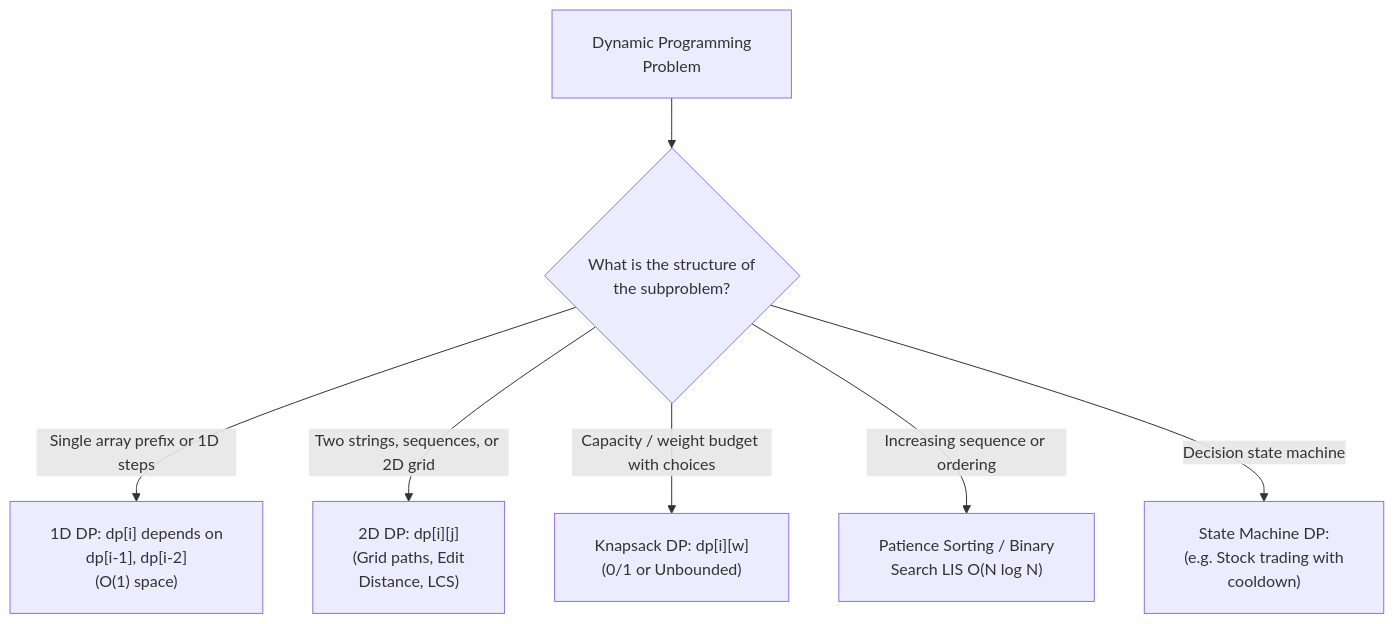
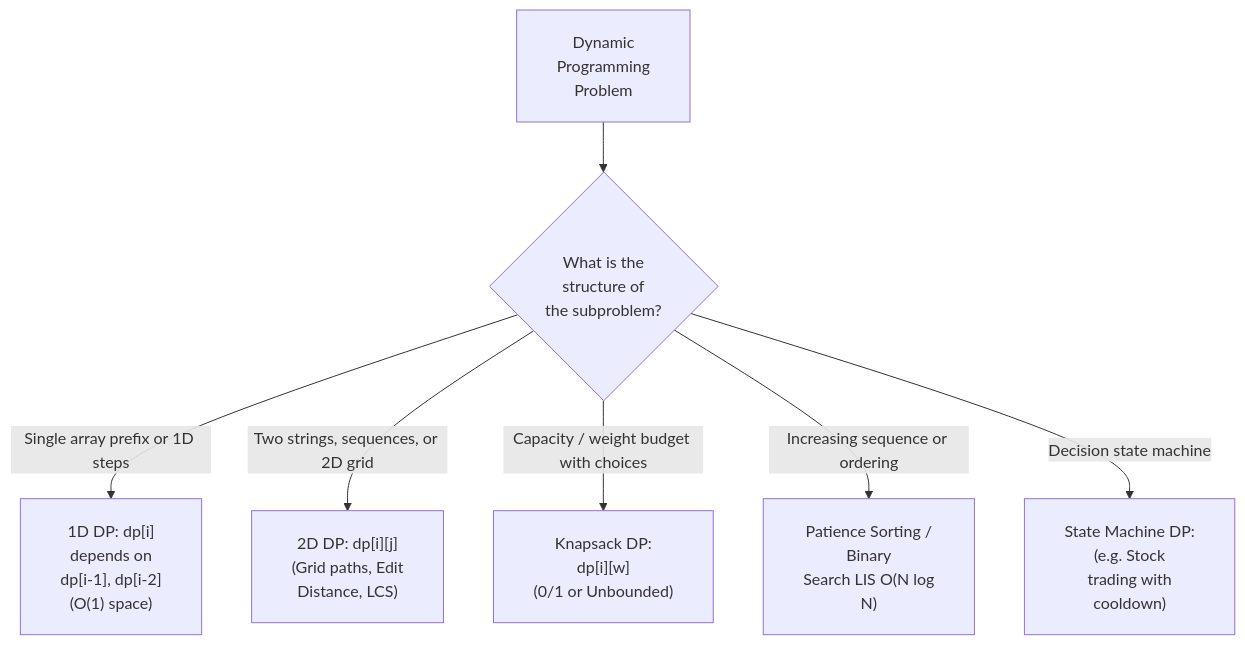
One commit to dip4k/DSA_102 changed the diagram in week_10_dynamic_programming_i_fundamentals/support files/Week_10_Problem_Solving_Roadmap.md. Above: the diagram before and after it, drawn with Mermaid. The commit also changed 106 other files, not shown here.

First line of the commit message:
fix(mermaid): prevent text clipping with foreignObject overflow and tighter line wrapping

````diff
--- a/week_10_dynamic_programming_i_fundamentals/support files/Week_10_Problem_Solving_Roadmap.md
+++ b/week_10_dynamic_programming_i_fundamentals/support files/Week_10_Problem_Solving_Roadmap.md
@@ -38,10 +38,10 @@
 ```mermaid
-%%{init: {"flowchart": {"htmlLabels": true, "padding": 20}}}%%
+%%{init: {"flowchart": {"htmlLabels": true, "padding": 20}, "themeCSS": "foreignObject { overflow: visible !important; }"}}%%
 flowchart TD
-    Start["Dynamic Programming<br/>Problem"] --> Q1{"What is the structure of<br/>the subproblem?"}
-    Q1 -->|Single array prefix or 1D steps| P1["1D DP: dp[i] depends on<br/>dp[i-1], dp[i-2]<br/>(O(1) space)"]
+    Start["Dynamic<br/>Programming<br/>Problem"] --> Q1{"What is the<br/>structure of<br/>the subproblem?"}
+    Q1 -->|Single array prefix or 1D steps| P1["1D DP: dp[i]<br/>depends on<br/>dp[i-1], dp[i-2]<br/>(O(1) space)"]
     Q1 -->|Two strings, sequences, or 2D grid| P2["2D DP: dp[i][j]<br/>(Grid paths, Edit<br/>Distance, LCS)"]
-    Q1 -->|Capacity / weight budget with choices| P3["Knapsack DP: dp[i][w]<br/>(0/1 or Unbounded)"]
-    Q1 -->|Increasing sequence or ordering| P4["Patience Sorting / Binary<br/>Search LIS O(N log N)"]
-    Q1 -->|Decision state machine| P5["State Machine DP:<br/>(e.g. Stock trading with<br/>cooldown)"]
+    Q1 -->|Capacity / weight budget with choices| P3["Knapsack DP:<br/>dp[i][w]<br/>(0/1 or Unbounded)"]
+    Q1 -->|Increasing sequence or ordering| P4["Patience Sorting /<br/>Binary<br/>Search LIS O(N log<br/>N)"]
+    Q1 -->|Decision state machine| P5["State Machine DP:<br/>(e.g. Stock<br/>trading with<br/>cooldown)"]
 ```
````
